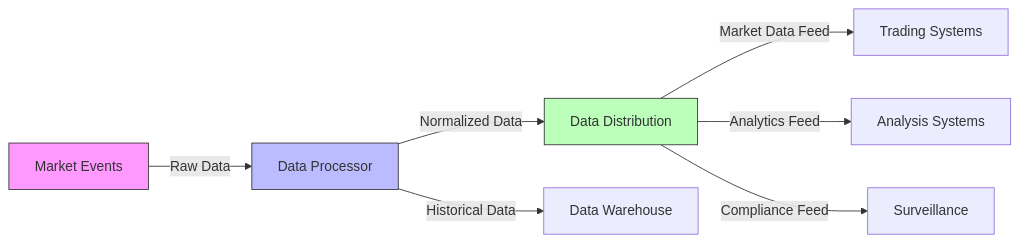
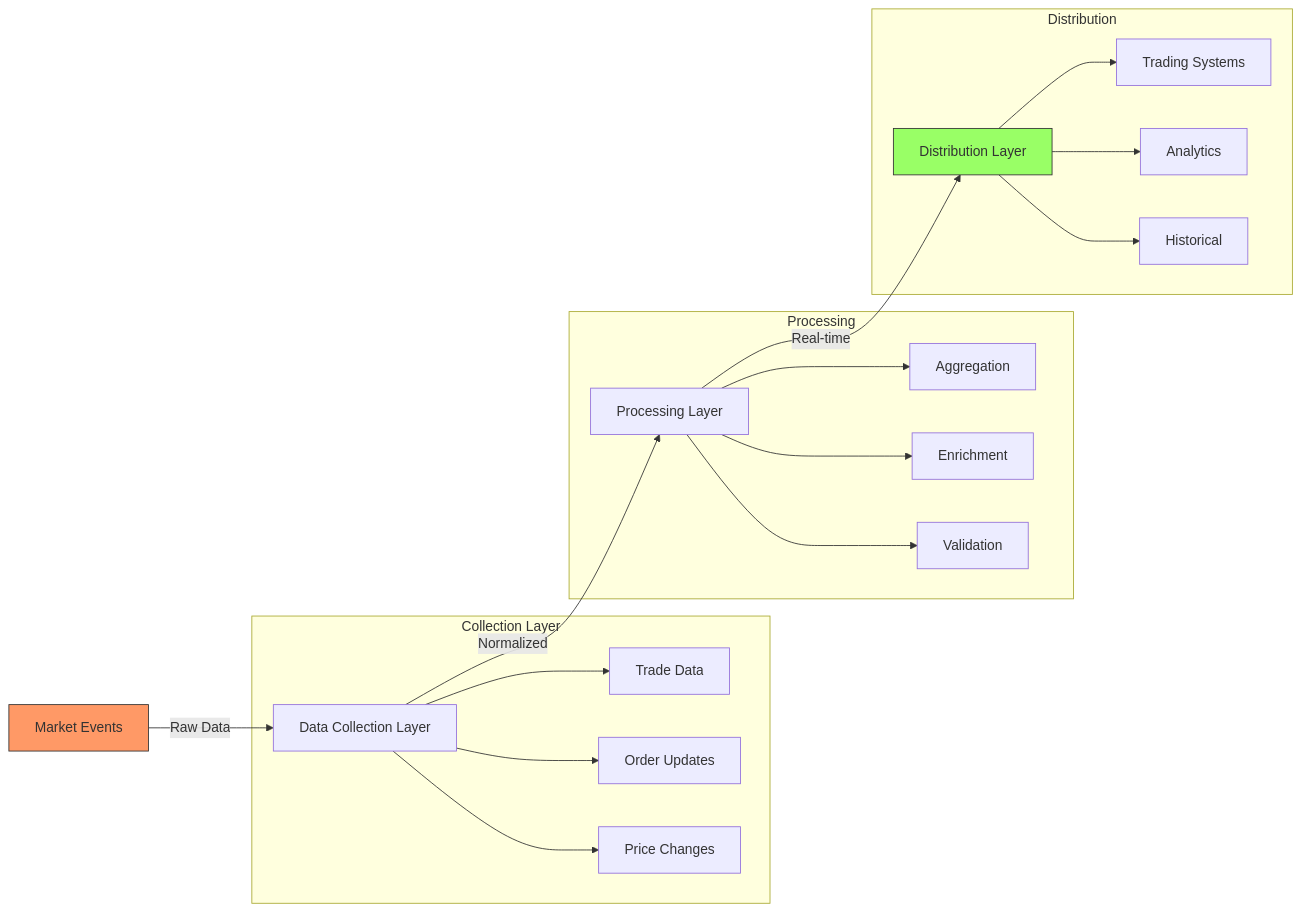
Before and after one commit to faraaz-baig/spicenet-docs: the diagram in 1.-understanding-trading/1.2-modern-market-infrastructure/1.2.2-market-data-systems.md, drawn with Mermaid. The commit also changed other lines of this file and 3 other files, not shown here.

````diff
--- a/1.-understanding-trading/1.2-modern-market-infrastructure/1.2.2-market-data-systems.md
+++ b/1.-understanding-trading/1.2-modern-market-infrastructure/1.2.2-market-data-systems.md
@@ -14,13 +14,27 @@
 ```mermaid
 flowchart LR
-    A[Market Events] -->|Raw Data| B[Data Processor]
-    B -->|Normalized Data| C[Data Distribution]
-    C -->|Market Data Feed| D[Trading Systems]
-    C -->|Analytics Feed| E[Analysis Systems]
-    C -->|Compliance Feed| F[Surveillance]
-    B -->|Historical Data| G[Data Warehouse]
+    A[Market Events] -->|Raw Data| B[Data Collection Layer]
+    B -->|Normalized| C[Processing Layer]
+    C -->|Real-time| D[Distribution Layer]
     
-    style A fill:#f9f,stroke:#333
-    style B fill:#bbf,stroke:#333
-    style C fill:#bfb,stroke:#333
+    subgraph "Collection Layer"
+        B --> E[Trade Data]
+        B --> F[Order Updates]
+        B --> G[Price Changes]
+    end
+    
+    subgraph "Processing"
+        C --> H[Aggregation]
+        C --> I[Enrichment]
+        C --> J[Validation]
+    end
+    
+    subgraph "Distribution"
+        D --> K[Trading Systems]
+        D --> L[Analytics]
+        D --> M[Historical]
+    end
+    
+    style A fill:#f96,stroke:#333
+    style D fill:#9f6,stroke:#333
 ```
````
